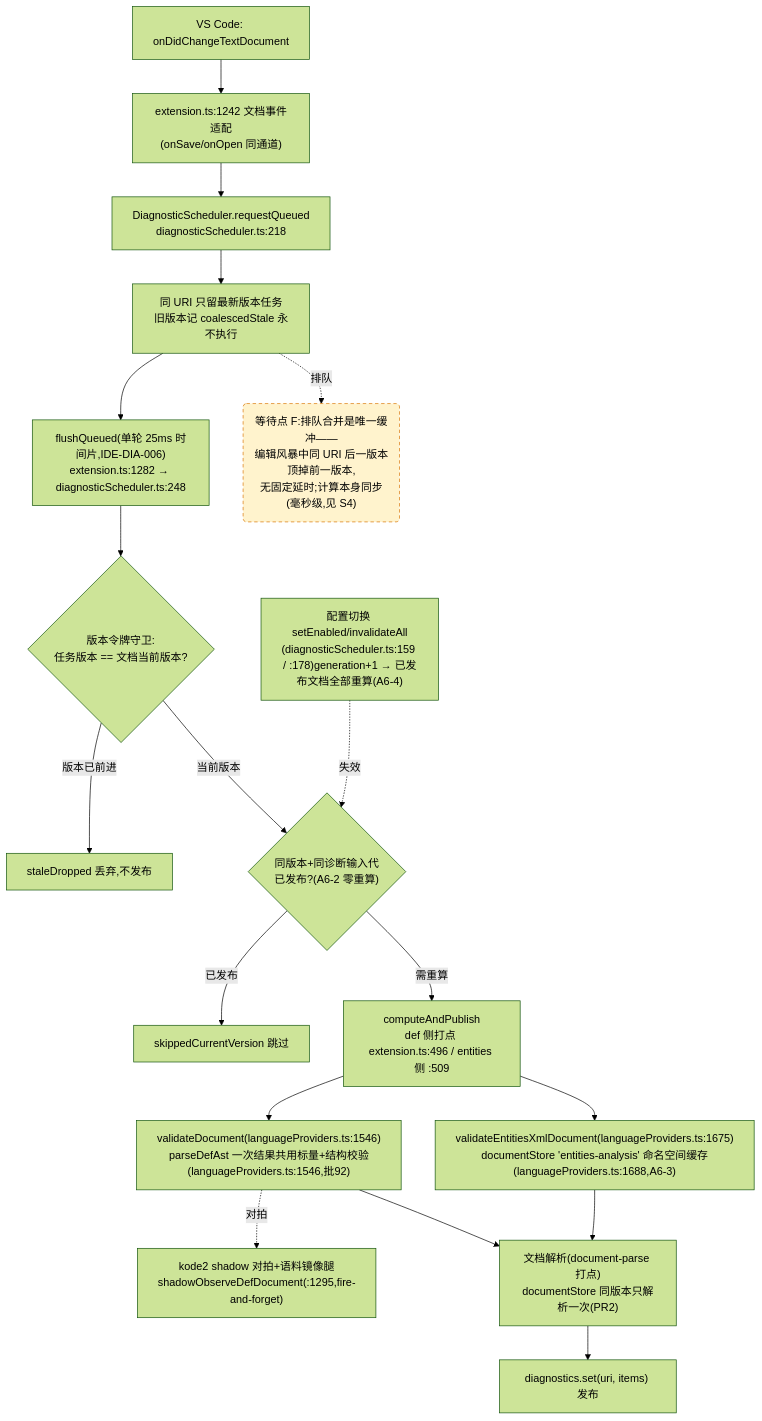
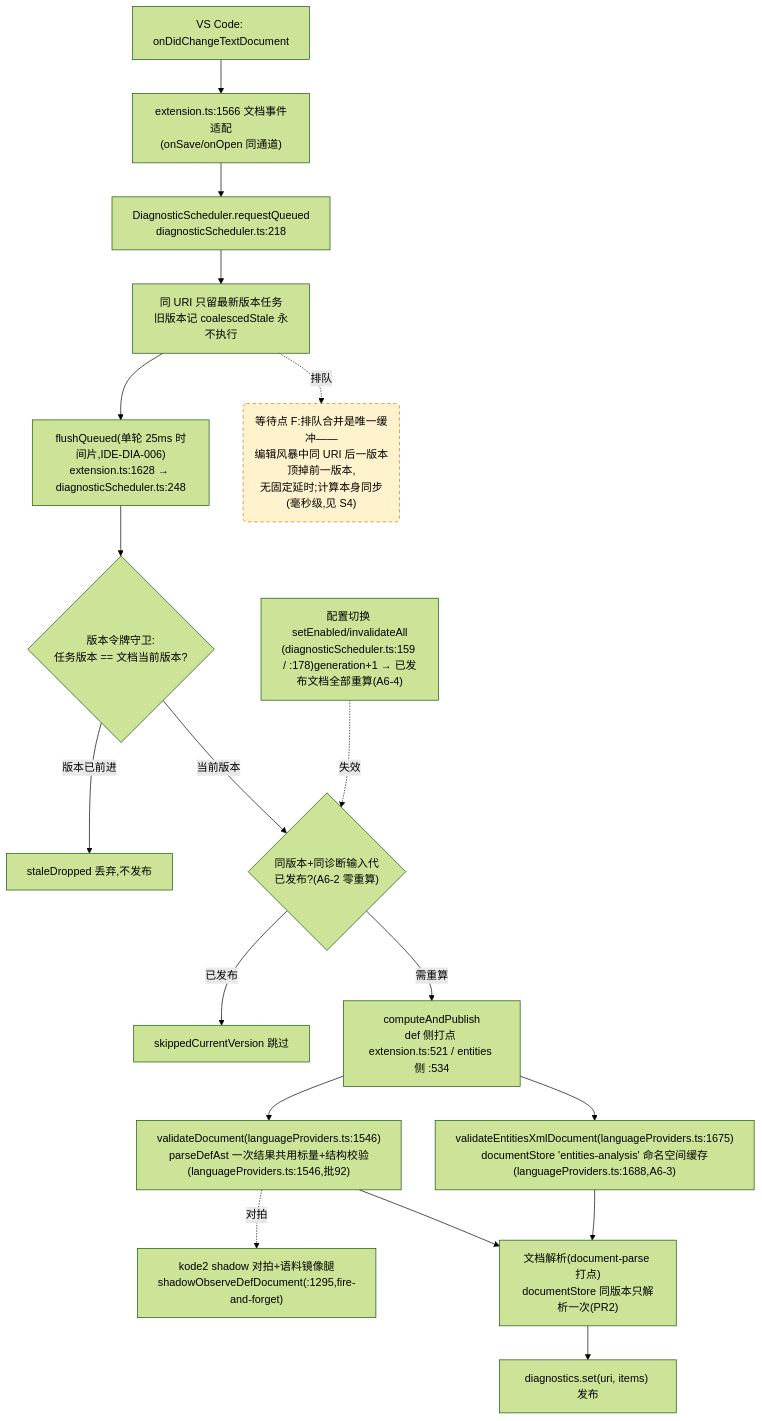
One commit to cuihairu/kode changed the fourth of 4 diagrams in docs/perf/2026-baseline.md. Above: the diagram before and after it, drawn with Mermaid (forest theme). The commit also changed other lines of this file and 20 other files, not shown here.

````diff
--- a/docs/perf/2026-baseline.md
+++ b/docs/perf/2026-baseline.md
@@ -214,38 +214,38 @@
 ```mermaid
 flowchart TD
   CHG["VS Code: onDidChangeTextDocument"]
-  WATCH["extension.ts:1242 文档事件适配<br/>(onSave/onOpen 同通道)"]
+  WATCH["extension.ts:1566 文档事件适配<br/>(onSave/onOpen 同通道)"]
   RQ["DiagnosticScheduler.requestQueued<br/>diagnosticScheduler.ts:218"]
   CO["同 URI 只留最新版本任务<br/>旧版本记 coalescedStale 永不执行"]
-  FL["flushQueued(单轮 25ms 时间片,IDE-DIA-006)<br/>extension.ts:1282 → diagnosticScheduler.ts:248"]
+  FL["flushQueued(单轮 25ms 时间片,IDE-DIA-006)<br/>extension.ts:1628 → diagnosticScheduler.ts:248"]
   VG{"版本令牌守卫:<br/>任务版本 == 文档当前版本?"}
   DROP["staleDropped 丢弃,不发布"]
   GEN{"同版本+同诊断输入代<br/>已发布?(A6-2 零重算)"}
   SKIP["skippedCurrentVersion 跳过"]
-  CALC["computeAndPublish<br/>def 侧打点 extension.ts:496 / entities 侧 :509"]
+  CALC["computeAndPublish<br/>def 侧打点 extension.ts:521 / entities 侧 :534"]
   VD["validateDocument(languageProviders.ts:1546)<br/>parseDefAst 一次结果共用标量+结构校验(languageProviders.ts:1546,批92)"]
   VEX["validateEntitiesXmlDocument(languageProviders.ts:1675)<br/>documentStore 'entities-analysis' 命名空间缓存(languageProviders.ts:1688,A6-3)"]
   SHDD["kode2 shadow 对拍+语料镜像腿<br/>shadowObserveDefDocument(:1295,fire-and-forget)"]
   DS["文档解析(document-parse 打点)<br/>documentStore 同版本只解析一次(PR2)"]
   PUB["diagnostics.set(uri, items) 发布"]
   CFG2["配置切换 setEnabled/invalidateAll<br/>(diagnosticScheduler.ts:159 / :178)generation+1 → 已发布文档全部重算(A6-4)"]
 
   CHG --> WATCH --> RQ --> CO --> FL --> VG
   VG -- "版本已前进" --> DROP
   VG -- "当前版本" --> GEN
   GEN -- "已发布" --> SKIP
   GEN -- "需重算" --> CALC
   CALC --> VD
   CALC --> VEX
   VD --> DS
   VEX --> DS
   DS --> PUB
   VD -.->|对拍| SHDD
   CFG2 -.->|失效| GEN
 
   WAITF("等待点 F:排队合并是唯一缓冲——<br/>编辑风暴中同 URI 后一版本顶掉前一版本,<br/>无固定延时;计算本身同步(毫秒级,见 S4)")
   CO -.->|排队| WAITF
 
   classDef waitPoint fill:#fff3cd,stroke:#d97706,stroke-dasharray:5 4;
   class WAITF waitPoint;
 ```
````
